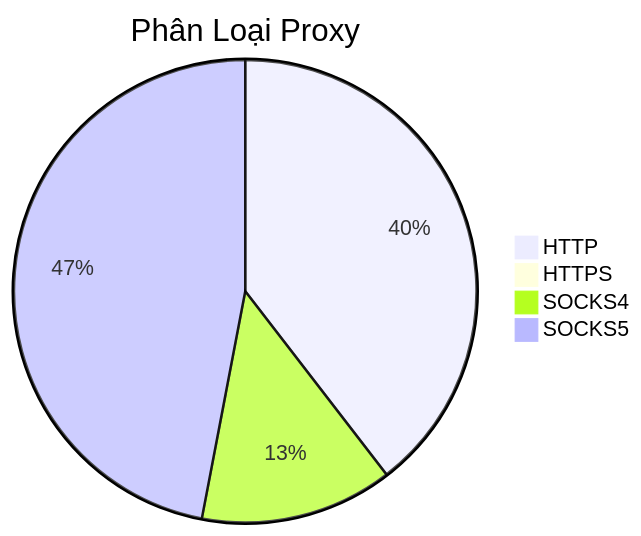
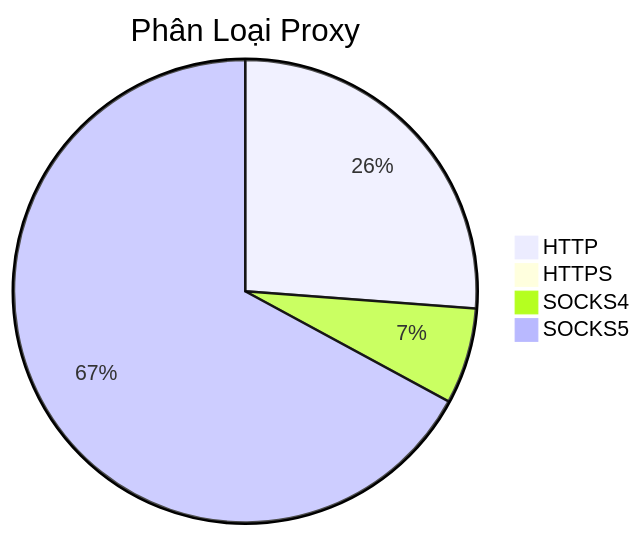
Before and after one commit to Ciara-12/PROXY-free: the diagram in README.md, drawn with Mermaid. The commit also changed other lines of this file and 3 other files, not shown here.

````diff
--- a/README.md
+++ b/README.md
@@ -26,7 +26,7 @@
 ```mermaid
 pie title Phân Loại Proxy
-    "HTTP" : 855
+    "HTTP" : 1120
     "HTTPS" : 0
-    "SOCKS4" : 291
-    "SOCKS5" : 1016
+    "SOCKS4" : 287
+    "SOCKS5" : 2869
 ```
````
